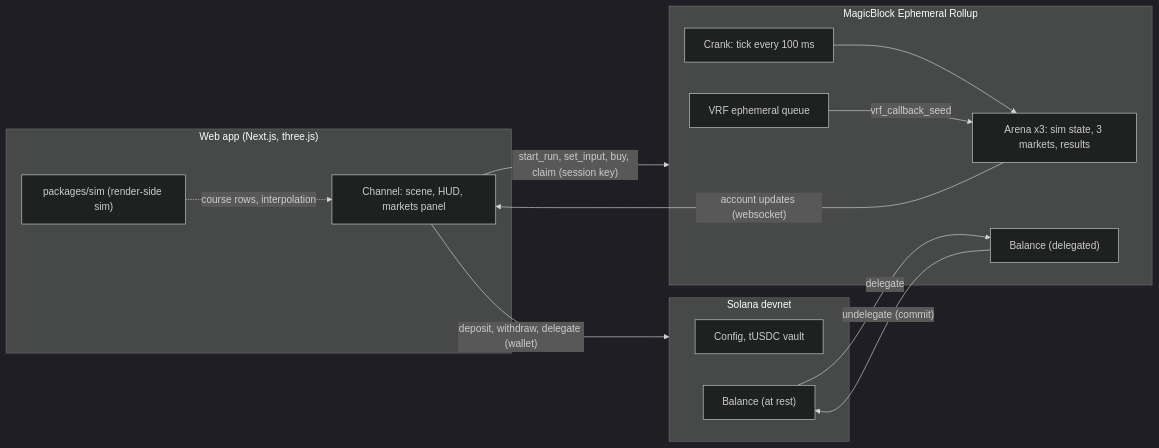
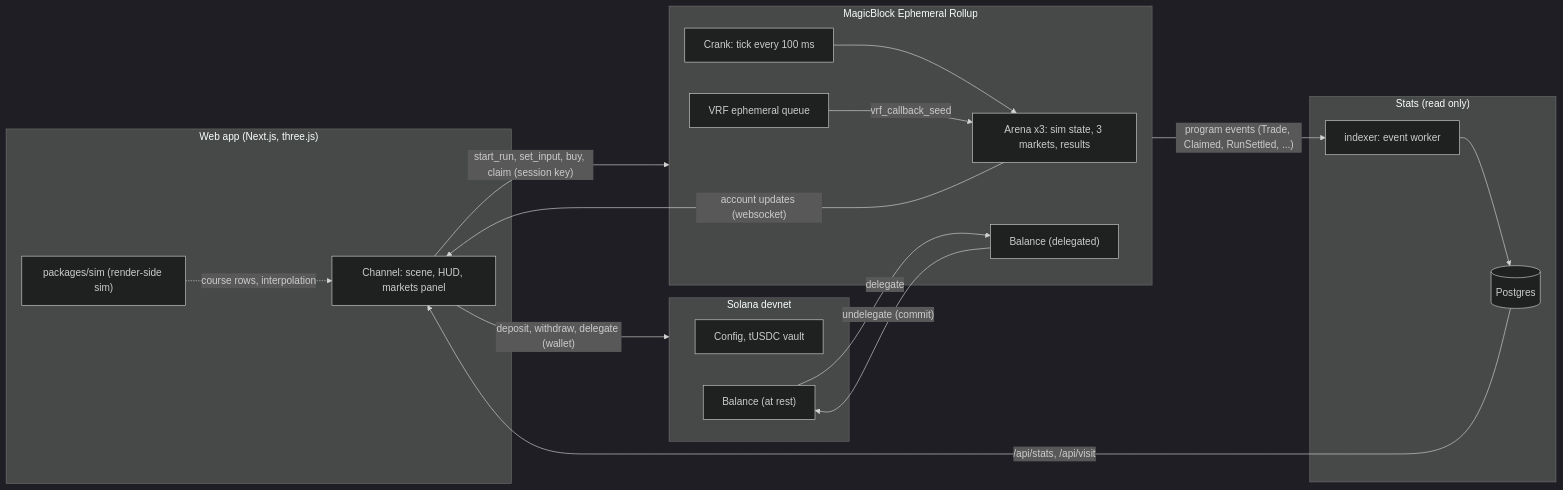
The diagram in README.md (sirenrun/sirenrun), drawn with Mermaid (dark theme) before and after one commit. The commit also changed other lines of this file and 10 other files, not shown here.

````diff
--- a/README.md
+++ b/README.md
@@ -58,25 +68,32 @@
 ```mermaid
 flowchart LR
   subgraph Browser["Web app (Next.js, three.js)"]
     UI["Channel: scene, HUD, markets panel"]
     SIM["packages/sim (render-side sim)"]
   end
   subgraph Base["Solana devnet"]
     VAULT["Config, tUSDC vault"]
     BAL0["Balance (at rest)"]
   end
   subgraph ER["MagicBlock Ephemeral Rollup"]
     ARENA["Arena x3: sim state, 3 markets, results"]
     BAL["Balance (delegated)"]
     CRANK["Crank: tick every 100 ms"]
     VRF["VRF ephemeral queue"]
   end
   UI -- "deposit, withdraw, delegate (wallet)" --> Base
   BAL0 -- "delegate" --> BAL
   BAL -- "undelegate (commit)" --> BAL0
   UI -- "start_run, set_input, buy, claim (session key)" --> ER
   CRANK --> ARENA
   VRF -- "vrf_callback_seed" --> ARENA
   ARENA -- "account updates (websocket)" --> UI
   SIM -. "course rows, interpolation" .-> UI
+  subgraph Stats["Stats (read only)"]
+    IDX["indexer: event worker"]
+    PG[("Postgres")]
+  end
+  ER -- "program events (Trade, Claimed, RunSettled, ...)" --> IDX
+  IDX --> PG
+  PG -- "/api/stats, /api/visit" --> UI
 ```
````
